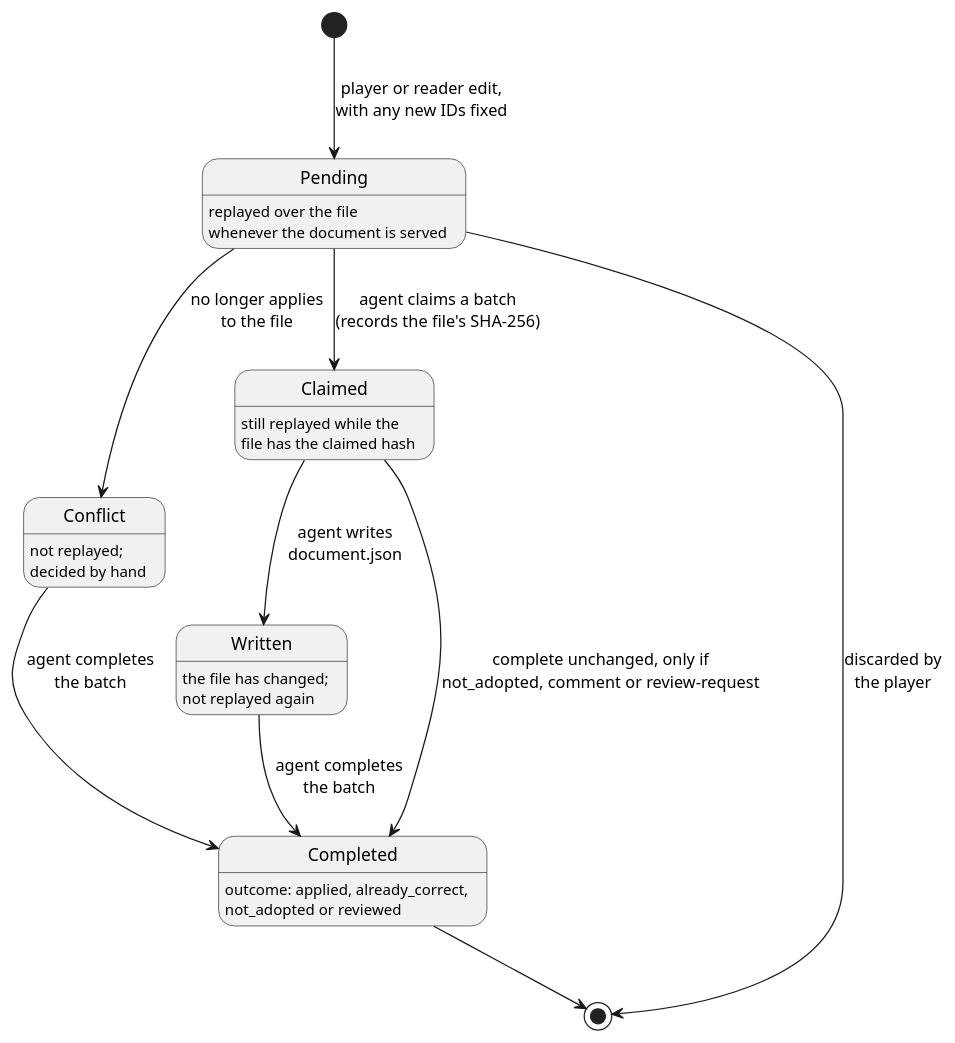
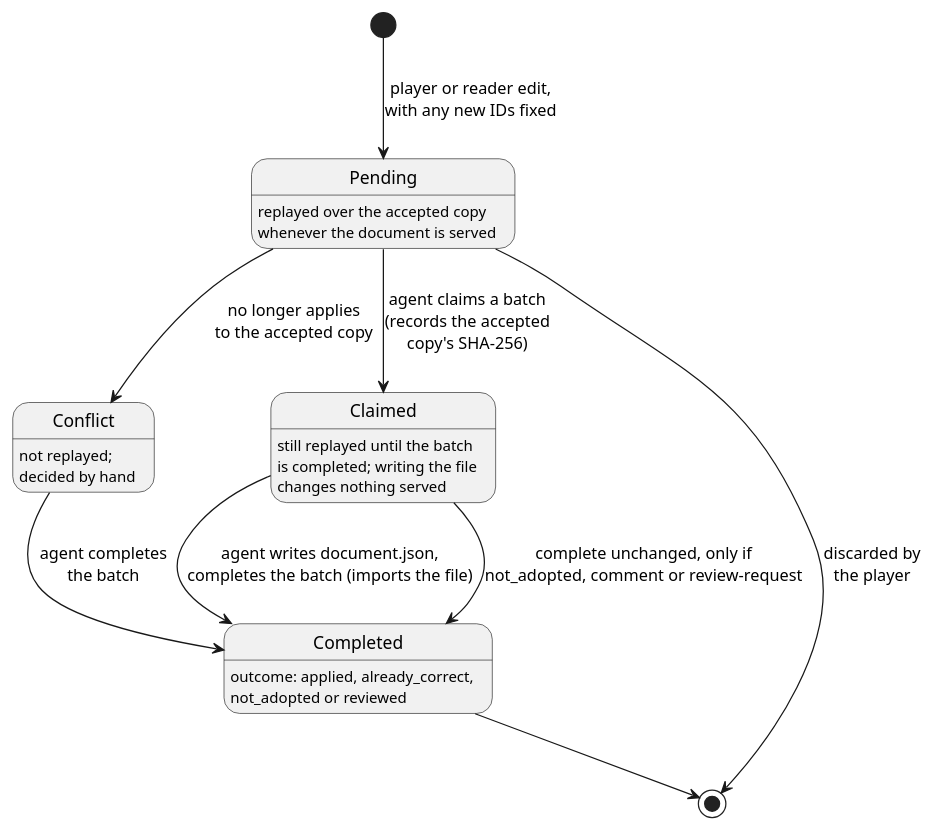
The diagram in docs/diagrams/edit-lifecycle.puml (parkie213/petites-roues), drawn with PlantUML before and after one commit. The commit also changed 38 other files, not shown here.

First line of the commit message:
Serve documents from the accepted copy and import on completion

```diff
--- a/docs/diagrams/edit-lifecycle.puml
+++ b/docs/diagrams/edit-lifecycle.puml
@@ -1,20 +1,18 @@
 @startuml
 skinparam shadowing false
 skinparam defaultFontName sans-serif
 hide empty description
 
 [*] --> Pending : player or reader edit,\nwith any new IDs fixed
-Pending : replayed over the file\nwhenever the document is served
-Pending --> Conflict : no longer applies\nto the file
+Pending : replayed over the accepted copy\nwhenever the document is served
+Pending --> Conflict : no longer applies\nto the accepted copy
 Conflict : not replayed;\ndecided by hand
-Pending --> Claimed : agent claims a batch\n(records the file's SHA-256)
-Claimed : still replayed while the\nfile has the claimed hash
-Claimed --> Written : agent writes\ndocument.json
-Written : the file has changed;\nnot replayed again
-Written --> Completed : agent completes\nthe batch
+Pending --> Claimed : agent claims a batch\n(records the accepted\ncopy's SHA-256)
+Claimed : still replayed until the batch\nis completed; writing the file\nchanges nothing served
+Claimed --> Completed : agent writes document.json,\ncompletes the batch (imports the file)
 Conflict --> Completed : agent completes\nthe batch
 Claimed --> Completed : complete unchanged, only if\nnot_adopted, comment or review-request
 Pending --> [*] : discarded by\nthe player
 Completed : outcome: applied, already_correct,\nnot_adopted or reviewed
 Completed --> [*]
 @enduml
```
